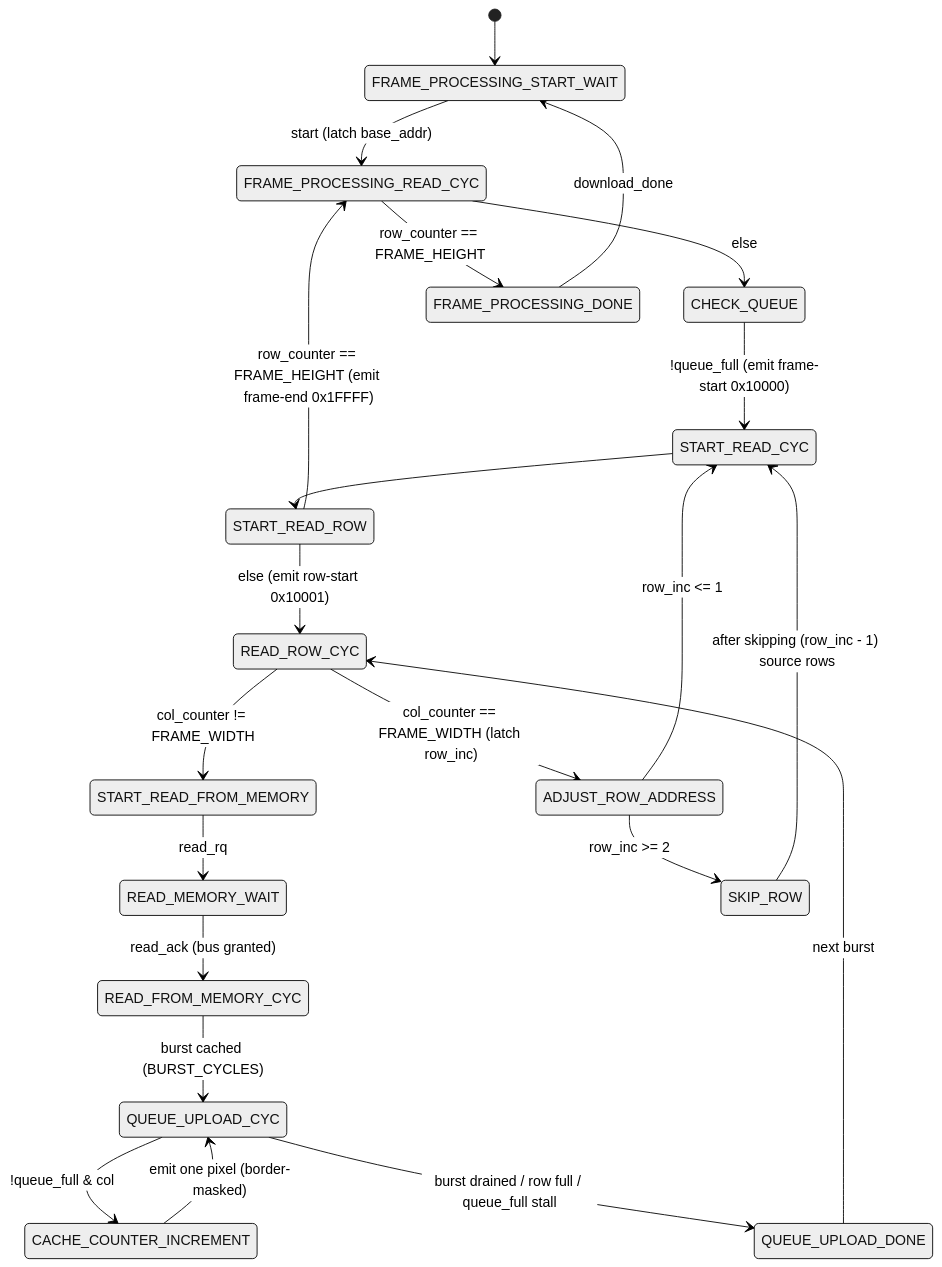
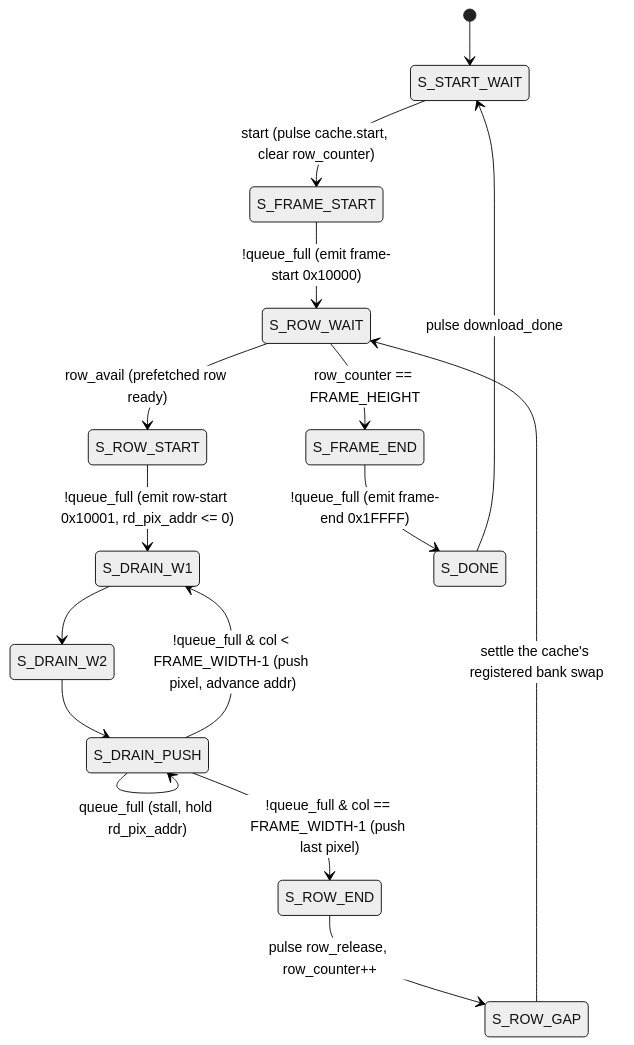
One commit to phoenix367/tang_nano_9K_ov7670 changed the second of 3 diagrams in doc/state_machines.md. Above: the diagram before and after it, drawn with Mermaid (neutral theme). The commit also changed other lines of this file and 2 other files, not shown here.

First line of the commit message:
docs: update FSM docs for DownloadRowCache prefetch + FrameDownloader rewrite

````diff
--- a/doc/state_machines.md
+++ b/doc/state_machines.md
@@ -106,40 +120,30 @@
 ```mermaid
 stateDiagram-v2
-    state "FRAME_PROCESSING_START_WAIT" as DWAIT
-    state "FRAME_PROCESSING_READ_CYC" as DRC
-    state "CHECK_QUEUE" as DCQ
-    state "START_READ_CYC" as DSRC
-    state "START_READ_ROW" as DSRR
-    state "READ_ROW_CYC" as DRR
-    state "START_READ_FROM_MEMORY" as DSRM
-    state "READ_MEMORY_WAIT" as DRMW
-    state "READ_FROM_MEMORY_CYC" as DRFM
-    state "QUEUE_UPLOAD_CYC" as DQU
-    state "CACHE_COUNTER_INCREMENT" as DCCI
-    state "QUEUE_UPLOAD_DONE" as DQD
-    state "ADJUST_ROW_ADDRESS" as DARA
-    state "SKIP_ROW" as DSKIP
-    state "FRAME_PROCESSING_DONE" as DDONE
+    state "S_START_WAIT" as DWAIT
+    state "S_FRAME_START" as DFS
+    state "S_ROW_WAIT" as DRW
+    state "S_ROW_START" as DRS
+    state "S_DRAIN_W1" as DW1
+    state "S_DRAIN_W2" as DW2
+    state "S_DRAIN_PUSH" as DPUSH
+    state "S_ROW_END" as DRE
+    state "S_ROW_GAP" as DRG
+    state "S_FRAME_END" as DFE
+    state "S_DONE" as DDONE
 
     [*] --> DWAIT
-    DWAIT --> DRC: start (latch base_addr)
-    DRC --> DDONE: row_counter == FRAME_HEIGHT
-    DRC --> DCQ: else
-    DCQ --> DSRC: !queue_full (emit frame-start 0x10000)
-    DSRC --> DSRR
-    DSRR --> DRC: row_counter == FRAME_HEIGHT (emit frame-end 0x1FFFF)
-    DSRR --> DRR: else (emit row-start 0x10001)
-    DRR --> DSRM: col_counter != FRAME_WIDTH
-    DRR --> DARA: col_counter == FRAME_WIDTH (latch row_inc)
-    DSRM --> DRMW: read_rq
-    DRMW --> DRFM: read_ack (bus granted)
-    DRFM --> DQU: burst cached (BURST_CYCLES)
-    DQU --> DCCI: !queue_full & col<width & cache not empty
-    DQU --> DQD: burst drained / row full / queue_full stall
-    DCCI --> DQU: emit one pixel (border-masked)
-    DQD --> DRR: next burst
-    DARA --> DSRC: row_inc <= 1
-    DARA --> DSKIP: row_inc >= 2
-    DSKIP --> DSRC: after skipping (row_inc - 1) source rows
-    DDONE --> DWAIT: download_done
+    DWAIT --> DFS: start (pulse cache.start, clear row_counter)
+    DFS --> DRW: !queue_full (emit frame-start 0x10000)
+    DRW --> DFE: row_counter == FRAME_HEIGHT
+    DRW --> DRS: row_avail (prefetched row ready)
+    DRS --> DW1: !queue_full (emit row-start 0x10001, rd_pix_addr <= 0)
+    DW1 --> DW2
+    DW2 --> DPUSH
+    DPUSH --> DPUSH: queue_full (stall, hold rd_pix_addr)
+    DPUSH --> DW1: !queue_full & col < FRAME_WIDTH-1 (push pixel, advance addr)
+    DPUSH --> DRE: !queue_full & col == FRAME_WIDTH-1 (push last pixel)
+    DRE --> DRG: pulse row_release, row_counter++
+    DRG --> DRW: settle the cache's registered bank swap
+    DFE --> DDONE: !queue_full (emit frame-end 0x1FFFF)
+    DDONE --> DWAIT: pulse download_done
 ```
````
